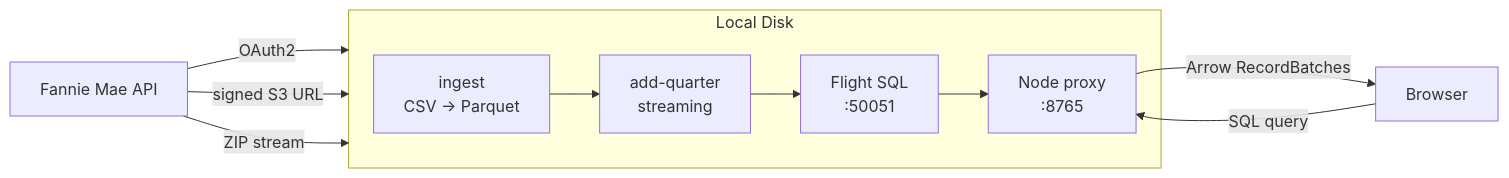
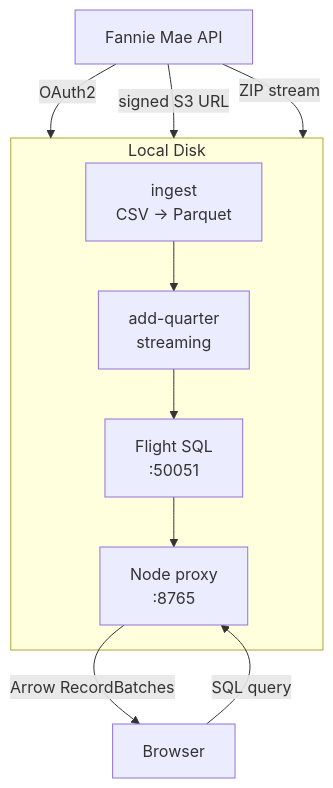
Before and after one commit to riziles/agency-data-tools: the diagram in README.md, drawn with Mermaid.

Commit message:
docs: switch mermaid diagram to vertical layout

````diff
--- a/README.md
+++ b/README.md
@@ -7,17 +7,17 @@
 ```mermaid
-flowchart LR
+flowchart TB
     A[Fannie Mae API] -->|OAuth2| B[Local Disk]
     A -->|signed S3 URL| B
     A -->|ZIP stream| B
     
     subgraph B[Local Disk]
         I[ingest<br/>CSV → Parquet]
         AQ[add-quarter<br/>streaming]
         FS[Flight SQL<br/>:50051]
         NP[Node proxy<br/>:8765]
         I --> AQ --> FS --> NP
     end
     
     C[Browser] -->|SQL query| NP
     NP -->|Arrow RecordBatches| C
 ```
````
